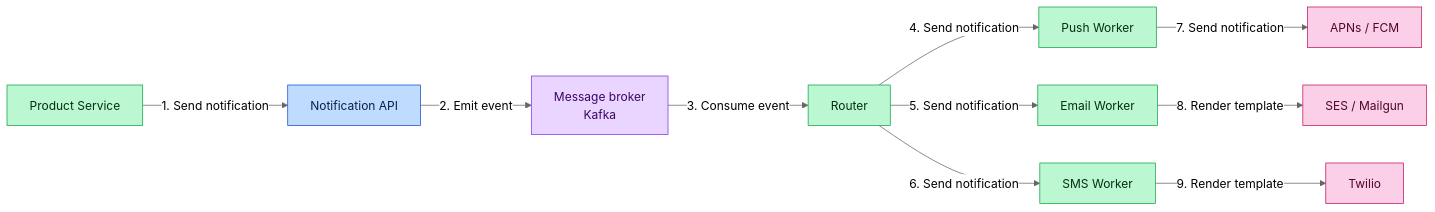
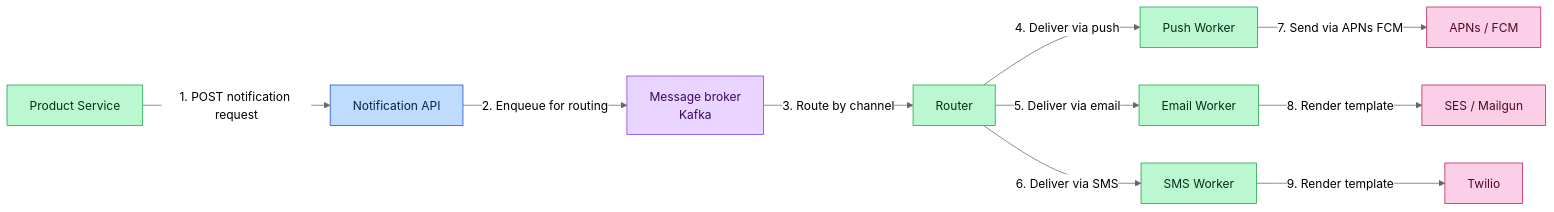
Before and after one commit to iluzn/HLD-Designs: the third of 16 diagrams in content/hld/NotificationSystem.md, drawn with Mermaid (neutral theme). The commit also changed other lines of this file and 27 other files, not shown here.

````diff
--- a/content/hld/NotificationSystem.md
+++ b/content/hld/NotificationSystem.md
@@ -323,28 +323,28 @@
 ```mermaid
 flowchart LR
     APP["Product Service"]:::service
     API["Notification API"]:::edge
     Q["Message broker<br/>Kafka"]:::async
     ROUTE["Router"]:::service
     PUSH["Push Worker"]:::service
     EMAIL["Email Worker"]:::service
     SMS["SMS Worker"]:::service
     APNS["APNs / FCM"]:::external
     SES["SES / Mailgun"]:::external
     TWIL["Twilio"]:::external
 
-    APP -->|"1. Send notification"| API
-    API -->|"2. Emit event"| Q
-    Q -->|"3. Consume event"| ROUTE
-    ROUTE -->|"4. Send notification"| PUSH
-    ROUTE -->|"5. Send notification"| EMAIL
-    ROUTE -->|"6. Send notification"| SMS
-    PUSH -->|"7. Send notification"| APNS
+    APP -->|"1. POST notification request"| API
+    API -->|"2. Enqueue for routing"| Q
+    Q -->|"3. Route by channel"| ROUTE
+    ROUTE -->|"4. Deliver via push"| PUSH
+    ROUTE -->|"5. Deliver via email"| EMAIL
+    ROUTE -->|"6. Deliver via SMS"| SMS
+    PUSH -->|"7. Send via APNs FCM"| APNS
     EMAIL -->|"8. Render template"| SES
     SMS -->|"9. Render template"| TWIL
 
     classDef edge fill:#bfdbfe,stroke:#1d4ed8,color:#0c1f4a
     classDef service fill:#bbf7d0,stroke:#16a34a,color:#052e16
     classDef async fill:#e9d5ff,stroke:#7c3aed,color:#3b0764
     classDef external fill:#fbcfe8,stroke:#be185d,color:#500724
 ```
````
